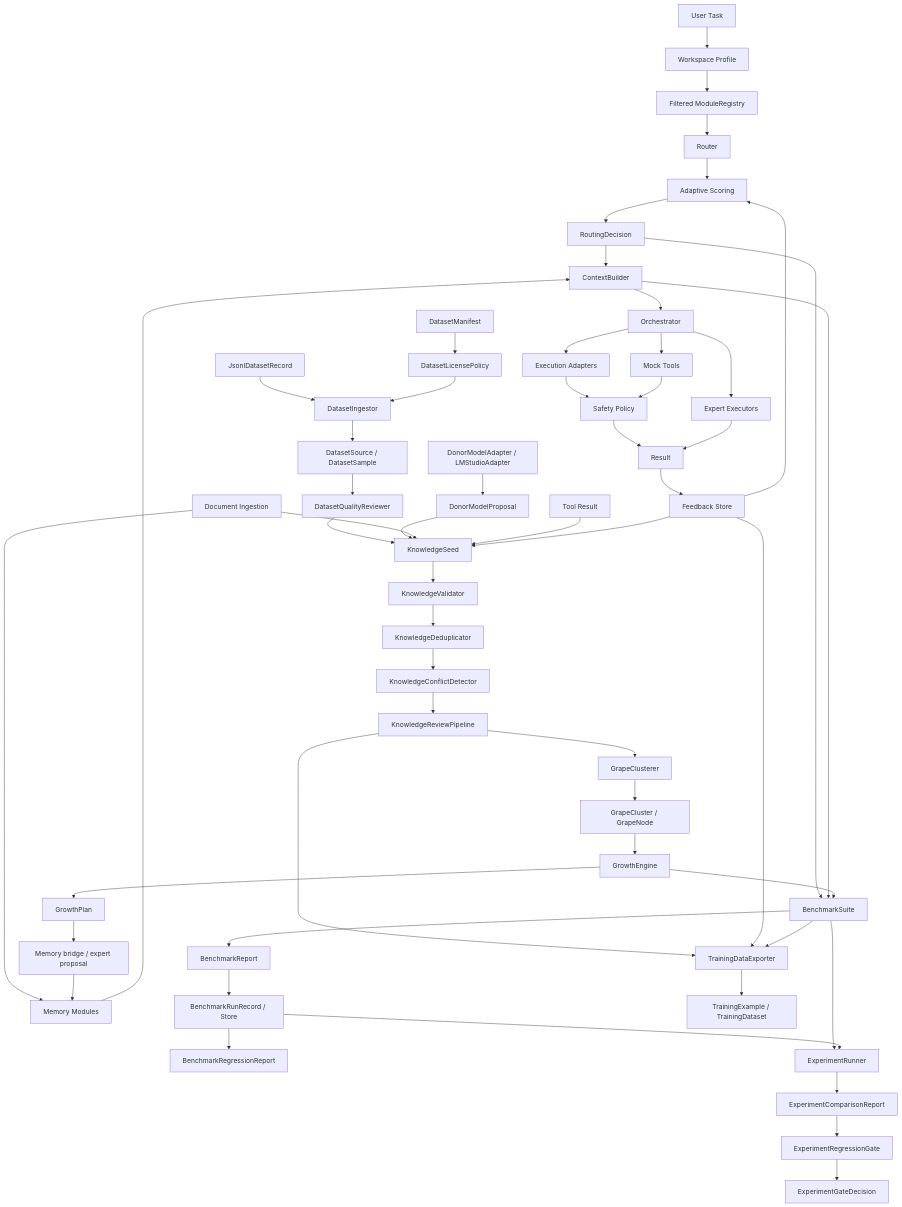
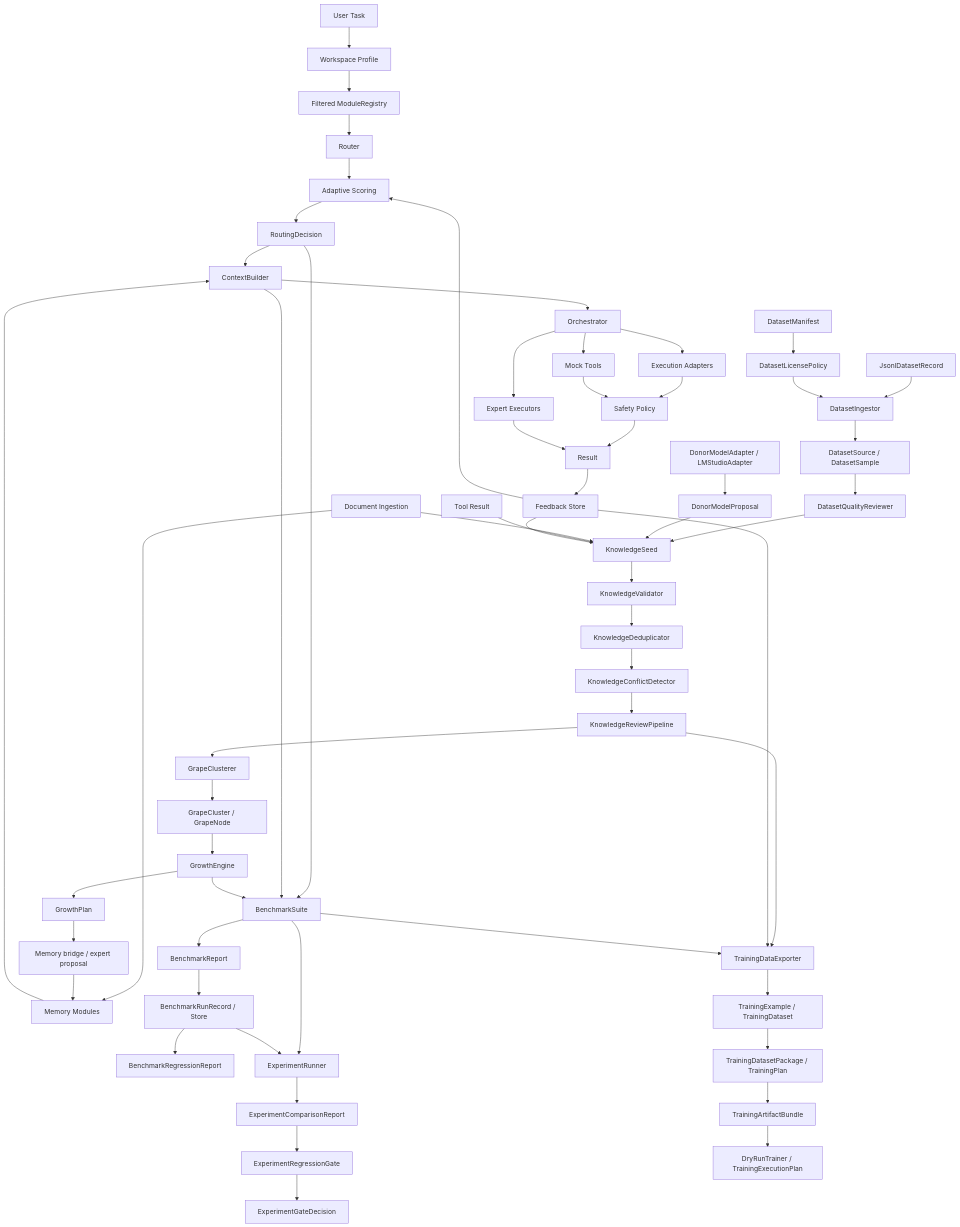
Before and after one commit to Robotyaga/Grona: the diagram in docs/architecture.md, drawn with Mermaid. The commit also changed other lines of this file and 16 other files, not shown here.

First line of the commit message:
Add dry-run trainer interface foundation

````diff
--- a/docs/architecture.md
+++ b/docs/architecture.md
@@ -21,57 +22,60 @@
 ```mermaid
 flowchart TD
     A[User Task] --> B[Workspace Profile]
     B --> C[Filtered ModuleRegistry]
     C --> D[Router]
     F[Feedback Store] --> E[Adaptive Scoring]
     D --> E
     E --> G[RoutingDecision]
     H[Memory Modules] --> I[ContextBuilder]
     J[Document Ingestion] --> H
     MF[DatasetManifest] --> LP[DatasetLicensePolicy]
     JL[JsonlDatasetRecord] --> DI[DatasetIngestor]
     LP --> DI
     DI --> DS[DatasetSource / DatasetSample]
     DS --> DR[DatasetQualityReviewer]
     DR --> Q[KnowledgeSeed]
     DM[DonorModelAdapter / LMStudioAdapter] --> DP[DonorModelProposal]
     DP --> Q
     J --> Q
     R[Tool Result] --> Q
     F --> Q
     Q --> S[KnowledgeValidator]
     S --> U[KnowledgeDeduplicator]
     U --> V[KnowledgeConflictDetector]
     V --> W[KnowledgeReviewPipeline]
     W --> X[GrapeClusterer]
     X --> Y[GrapeCluster / GrapeNode]
     Y --> Z[GrowthEngine]
     Z --> AA[GrowthPlan]
     AA --> AB[Memory bridge / expert proposal]
     AB --> H
     G --> I
     I --> K[Orchestrator]
     K --> L[Expert Executors]
     K --> M[Execution Adapters]
     K --> N[Mock Tools]
     M --> O[Safety Policy]
     N --> O
     O --> P[Result]
     L --> P
     P --> F
     G --> BS[BenchmarkSuite]
     I --> BS
     Z --> BS
     BS --> BR[BenchmarkReport]
     BR --> BRS[BenchmarkRunRecord / Store]
     BRS --> REG[BenchmarkRegressionReport]
     BS --> ER[ExperimentRunner]
     BRS --> ER
     ER --> EC[ExperimentComparisonReport]
     EC --> EG[ExperimentRegressionGate]
     EG --> ED[ExperimentGateDecision]
     W --> TD[TrainingDataExporter]
     F --> TD
     BS --> TD
     TD --> TE[TrainingExample / TrainingDataset]
+    TE --> TP[TrainingDatasetPackage / TrainingPlan]
+    TP --> TA[TrainingArtifactBundle]
+    TA --> DRY[DryRunTrainer / TrainingExecutionPlan]
 ```
````
